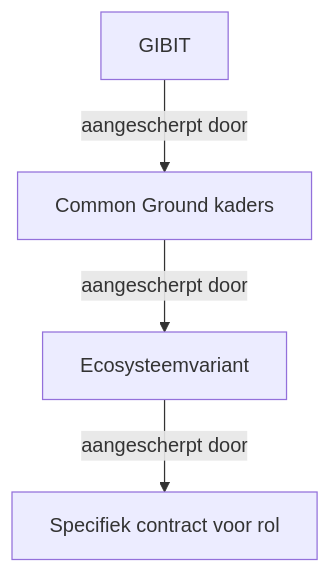
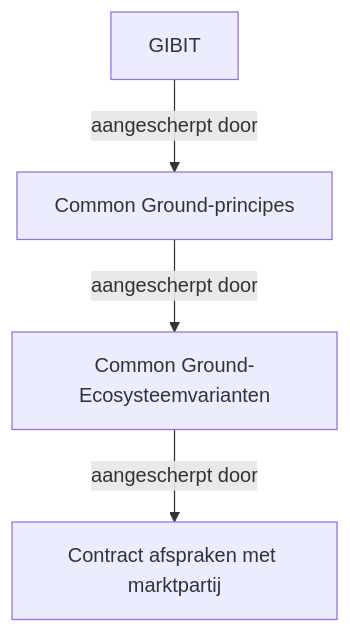
One commit to open-zaak/samenwerken changed the diagram in resultaten/inkoop-richtlijnen.md. Above: the diagram before and after it, drawn with Mermaid. The commit also changed other lines of this file, not shown here.

````diff
--- a/resultaten/inkoop-richtlijnen.md
+++ b/resultaten/inkoop-richtlijnen.md
@@ -27,6 +20,6 @@
 ```mermaid
 flowchart TB
-    A[GIBIT] -->|aangescherpt door| B[Common Ground kaders]
-    B -->|aangescherpt door| C[Ecosysteemvariant]
-    C -->|aangescherpt door| D[Specifiek contract voor rol]  
+    A[GIBIT] -->|aangescherpt door| B[Common Ground-principes]
+    B -->|aangescherpt door| C[Common Ground-Ecosysteemvarianten]
+    C -->|aangescherpt door| D[Contract afspraken met marktpartij]  
 ```
````
